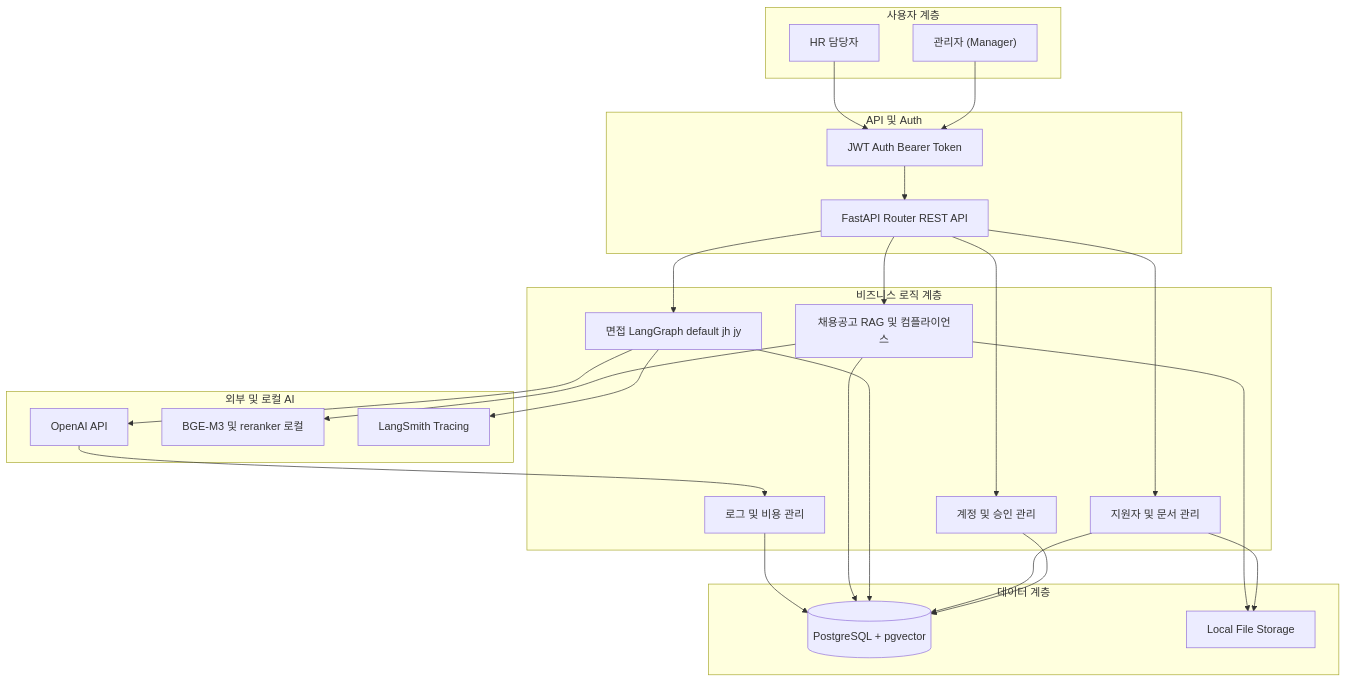
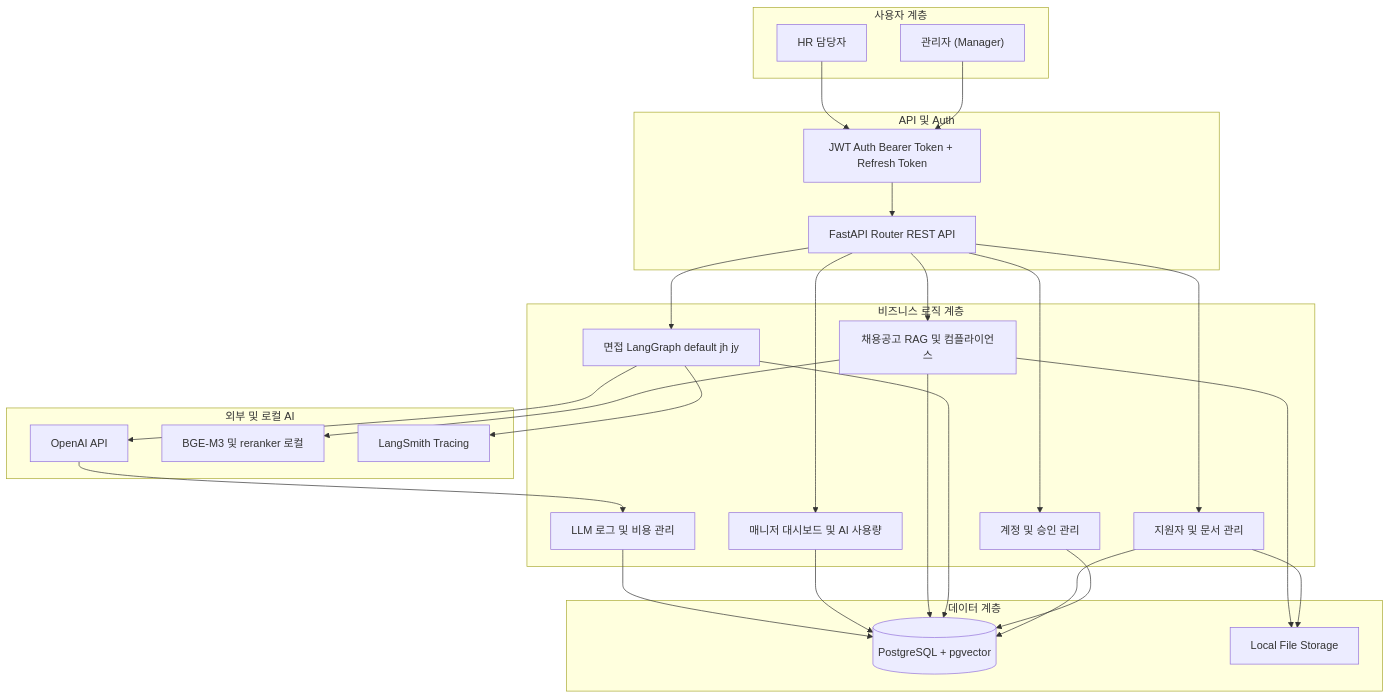
One commit to bamti95/hr-copilot changed the third of 3 diagrams in README.md. Above: the diagram before and after it, drawn with Mermaid. The commit also changed other lines of this file, not shown here.

````diff
--- a/README.md
+++ b/README.md
@@ -261,40 +268,41 @@
 ```mermaid
 graph TD
     subgraph Client_Layer [사용자 계층]
         Admin["관리자 (Manager)"]
         User["HR 담당자"]
     end
 
     subgraph API_Layer [API 및 Auth]
-        Auth["JWT Auth Bearer Token"]
+        Auth["JWT Auth Bearer Token + Refresh Token"]
         Router["FastAPI Router REST API"]
     end
 
     subgraph Logic_Layer [비즈니스 로직 계층]
         Account["계정 및 승인 관리"]
         Candidate["지원자 및 문서 관리"]
         InterviewGraph["면접 LangGraph default jh jy"]
         JobPostingRAG["채용공고 RAG 및 컴플라이언스"]
-        CostLog["로그 및 비용 관리"]
+        Dashboard["매니저 대시보드 및 AI 사용량"]
+        CostLog["LLM 로그 및 비용 관리"]
     end
 
     subgraph Data_Layer [데이터 계층]
         DB[(PostgreSQL + pgvector)]
         FS["Local File Storage"]
     end
 
     subgraph AI_Engine [외부 및 로컬 AI]
         OpenAI["OpenAI API"]
         BGE["BGE-M3 및 reranker 로컬"]
         LangSmith["LangSmith Tracing"]
     end
 
     Admin & User --> Auth --> Router
-    Router --> Account & Candidate & InterviewGraph & JobPostingRAG
-    Account & Candidate & InterviewGraph & JobPostingRAG --> DB
+    Router --> Account & Candidate & InterviewGraph & JobPostingRAG & Dashboard
+    Account & Candidate & InterviewGraph & JobPostingRAG & Dashboard --> DB
     Candidate & JobPostingRAG --> FS
     InterviewGraph --> OpenAI
     InterviewGraph --> LangSmith
     JobPostingRAG --> BGE
     OpenAI --> CostLog --> DB
 ```
````
